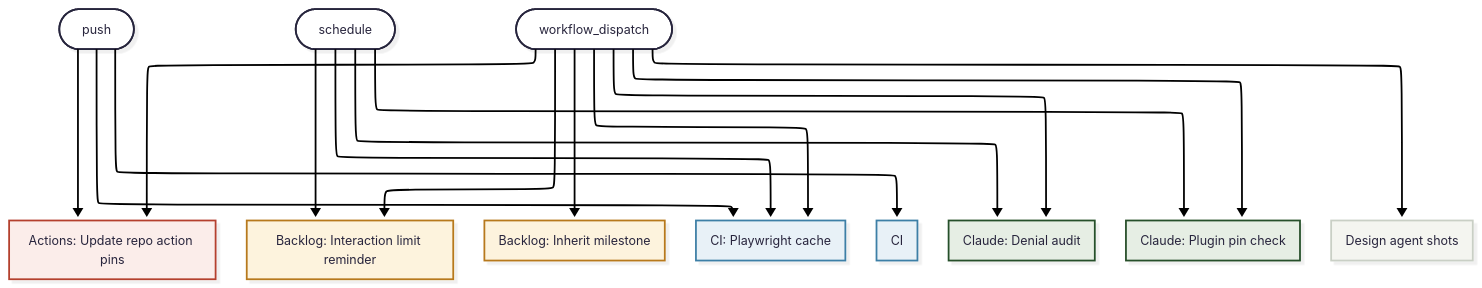
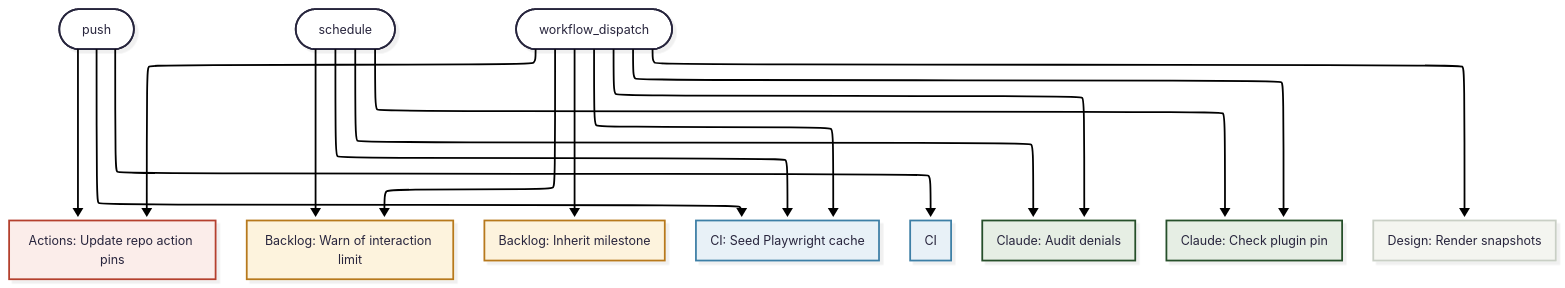
The third of 3 diagrams in .github/workflows/README.md (henetiriki/kinscape), drawn with Mermaid before and after one commit. The commit also changed other lines of this file and 34 other files, not shown here.

````diff
--- a/.github/workflows/README.md
+++ b/.github/workflows/README.md
@@ -127,44 +127,44 @@
 ```mermaid
 ---
 config:
   theme: redux-color
   look: neo
   layout: elk
 ---
 flowchart TB
   on_push([push])
   on_schedule([schedule])
   on_workflow_dispatch([workflow_dispatch])
   actions_pin_update["Actions: Update repo action pins"]
-  backlog_interaction_limit["Backlog: Interaction limit reminder"]
+  backlog_interaction_limit["Backlog: Warn of interaction limit"]
   backlog_milestone["Backlog: Inherit milestone"]
-  ci_playwright_cache["CI: Playwright cache"]
+  ci_playwright_cache["CI: Seed Playwright cache"]
   ci["CI"]
-  claude_denial_audit["Claude: Denial audit"]
-  claude_plugin_pin_check["Claude: Plugin pin check"]
-  design_agent_shots["Design agent shots"]
+  claude_denial_audit["Claude: Audit denials"]
+  claude_plugin_pin_check["Claude: Check plugin pin"]
+  design_agent_shots["Design: Render snapshots"]
   on_push --> actions_pin_update
   on_push --> ci_playwright_cache
   on_push --> ci
   on_schedule --> backlog_interaction_limit
   on_schedule --> ci_playwright_cache
   on_schedule --> claude_denial_audit
   on_schedule --> claude_plugin_pin_check
   on_workflow_dispatch --> actions_pin_update
   on_workflow_dispatch --> backlog_interaction_limit
   on_workflow_dispatch --> backlog_milestone
   on_workflow_dispatch --> ci_playwright_cache
   on_workflow_dispatch --> claude_denial_audit
   on_workflow_dispatch --> claude_plugin_pin_check
   on_workflow_dispatch --> design_agent_shots
   classDef actions fill:#fbedea,stroke:#b4412f
   classDef backlog fill:#fdf3dd,stroke:#b7791f
   classDef ci fill:#e8f1f7,stroke:#3e7fa6
   classDef claude fill:#e6eee4,stroke:#264f29
   classDef design fill:#f4f5f0,stroke:#c9cfc5
   class actions_pin_update actions
   class backlog_interaction_limit,backlog_milestone backlog
   class ci_playwright_cache,ci ci
   class claude_denial_audit,claude_plugin_pin_check claude
   class design_agent_shots design
 ```
````
